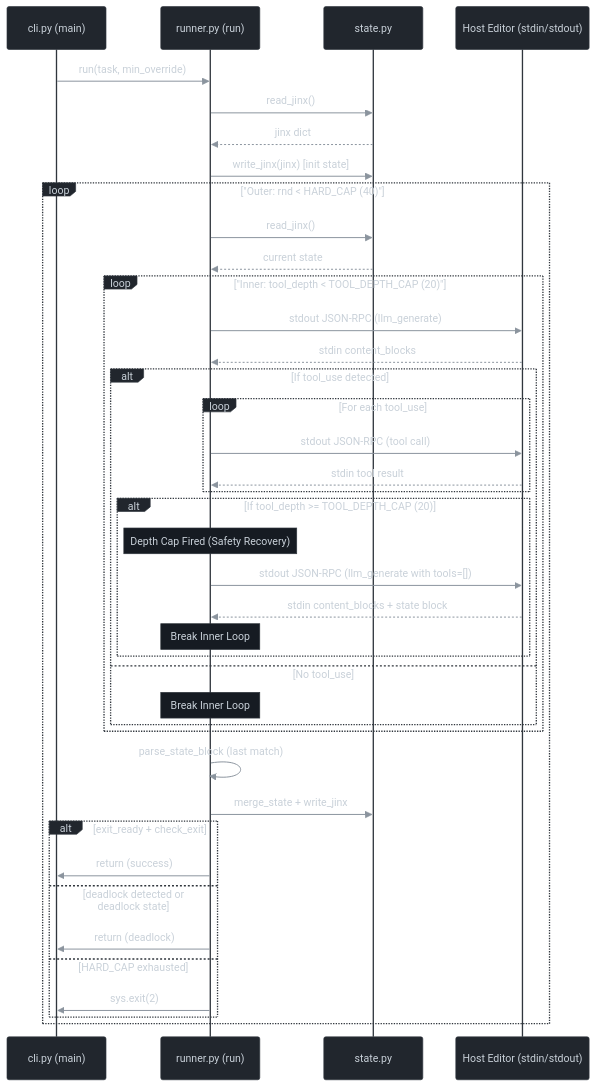
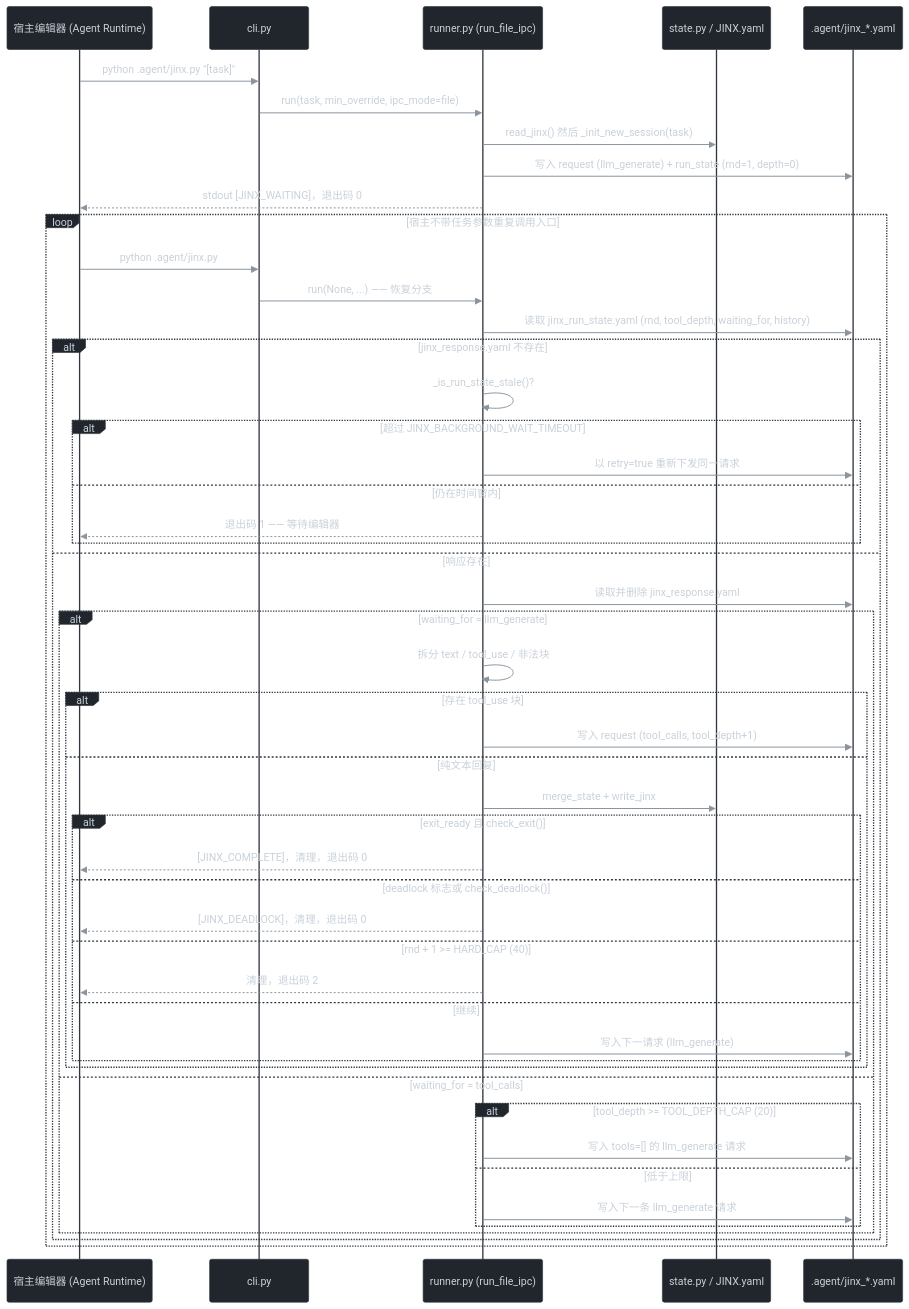
Before and after one commit to apxgpt/agent: the fourth of 5 diagrams in README_ZH.md, drawn with Mermaid. The commit also changed other lines of this file and 24 other files, not shown here.

````diff
--- a/README_ZH.md
+++ b/README_ZH.md
@@ -263,47 +346,55 @@
 ```mermaid
 %%{init: {'theme': 'base', 'themeVariables': {"darkMode": true, "background": "#0d1117", "primaryColor": "#21262d", "primaryTextColor": "#e6edf3", "primaryBorderColor": "#8b949e", "lineColor": "#8b949e", "textColor": "#e6edf3", "edgeLabelBackground": "#161b22", "actorBkg": "#21262d", "actorBorder": "#30363d", "actorTextColor": "#c9d1d9", "actorLineColor": "#30363d", "signalColor": "#8b949e", "signalTextColor": "#c9d1d9", "noteBkgColor": "#161b22", "noteBorderColor": "#30363d", "noteTextColor": "#c9d1d9", "labelBoxBkgColor": "#21262d", "labelBoxBorderColor": "#30363d", "labelTextColor": "#c9d1d9", "loopTextColor": "#c9d1d9", "activationBkgColor": "#21262d", "activationBorderColor": "#30363d"}}}%%
 sequenceDiagram
-    participant CLI as cli.py (main)
-    participant Runner as runner.py (run)
-    participant State as state.py
-    participant Host as Host Editor (stdin/stdout)
+    participant Host as 宿主编辑器 (Agent Runtime)
+    participant CLI as cli.py
+    participant Runner as runner.py (run_file_ipc)
+    participant State as state.py / JINX.yaml
+    participant IPC as .agent/jinx_*.yaml
 
-    CLI->>Runner: run(task, min_override)
-    Runner->>State: read_jinx()
-    State-->>Runner: jinx dict
-    Runner->>State: write_jinx(jinx) [init state]
+    Host->>CLI: python .agent/jinx.py "[task]"
+    CLI->>Runner: run(task, min_override, ipc_mode=file)
+    Runner->>State: read_jinx() 然后 _init_new_session(task)
+    Runner->>IPC: 写入 request (llm_generate) + run_state (rnd=1, depth=0)
+    Runner-->>Host: stdout [JINX_WAITING]，退出码 0
 
-    loop "Outer: rnd < HARD_CAP (40)"
-        Runner->>State: read_jinx()
-        State-->>Runner: current state
+    loop 宿主不带任务参数重复调用入口
+        Host->>CLI: python .agent/jinx.py
+        CLI->>Runner: run(None, ...) —— 恢复分支
+        Runner->>IPC: 读取 jinx_run_state.yaml (rnd, tool_depth, waiting_for, history)
 
-        loop "Inner: tool_depth < TOOL_DEPTH_CAP (20)"
-            Runner->>Host: stdout JSON-RPC (llm_generate)
-            Host-->>Runner: stdin content_blocks
-            alt If tool_use detected
-                loop For each tool_use
-                    Runner->>Host: stdout JSON-RPC (tool call)
-                    Host-->>Runner: stdin tool result
+        alt jinx_response.yaml 不存在
+            Runner->>Runner: _is_run_state_stale()?
+            alt 超过 JINX_BACKGROUND_WAIT_TIMEOUT
+                Runner->>IPC: 以 retry=true 重新下发同一请求
+            else 仍在时间窗内
+                Runner-->>Host: 退出码 1 —— 等待编辑器
+            end
+        else 响应存在
+            Runner->>IPC: 读取并删除 jinx_response.yaml
+            alt waiting_for = llm_generate
+                Runner->>Runner: 拆分 text / tool_use / 非法块
+                alt 存在 tool_use 块
+                    Runner->>IPC: 写入 request (tool_calls, tool_depth+1)
+                else 纯文本回复
+                    Runner->>State: merge_state + write_jinx
+                    alt exit_ready 且 check_exit()
+                        Runner-->>Host: [JINX_COMPLETE]，清理，退出码 0
+                    else deadlock 标志或 check_deadlock()
+                        Runner-->>Host: [JINX_DEADLOCK]，清理，退出码 0
+                    else rnd + 1 >= HARD_CAP (40)
+                        Runner-->>Host: 清理，退出码 2
+                    else 继续
+                        Runner->>IPC: 写入下一请求 (llm_generate)
+                    end
                 end
-                alt If tool_depth >= TOOL_DEPTH_CAP (20)
-                    Note over Runner: Depth Cap Fired (Safety Recovery)
-                    Runner->>Host: stdout JSON-RPC (llm_generate with tools=[])
-                    Host-->>Runner: stdin content_blocks + state block
-                    Note over Runner: Break Inner Loop
+            else waiting_for = tool_calls
+                alt tool_depth >= TOOL_DEPTH_CAP (20)
+                    Runner->>IPC: 写入 tools=[] 的 llm_generate 请求
+                else 低于上限
+                    Runner->>IPC: 写入下一条 llm_generate 请求
                 end
-            else No tool_use
-                Note over Runner: Break Inner Loop
             end
-        end
-
-        Runner->>Runner: parse_state_block (last match)
-        Runner->>State: merge_state + write_jinx
-        alt exit_ready + check_exit
-            Runner->>CLI: return (success)
-        else deadlock detected or deadlock state
-            Runner->>CLI: return (deadlock)
-        else HARD_CAP exhausted
-            Runner->>CLI: sys.exit(2)
         end
     end
 ```
````
